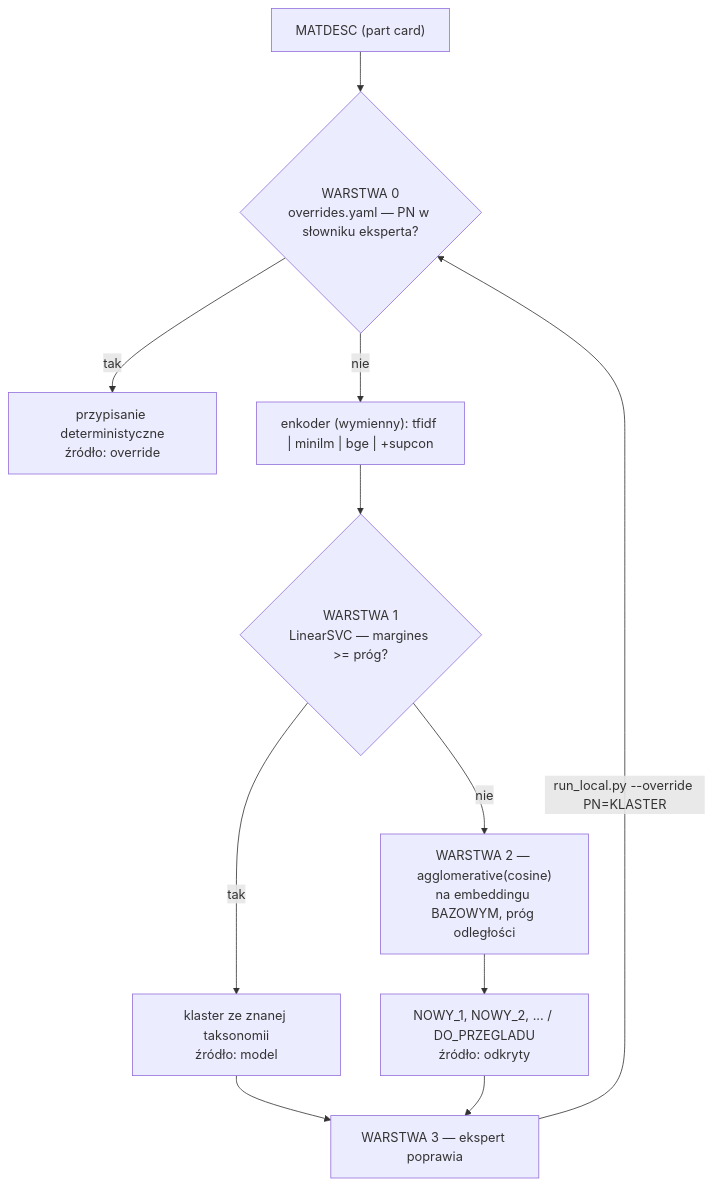
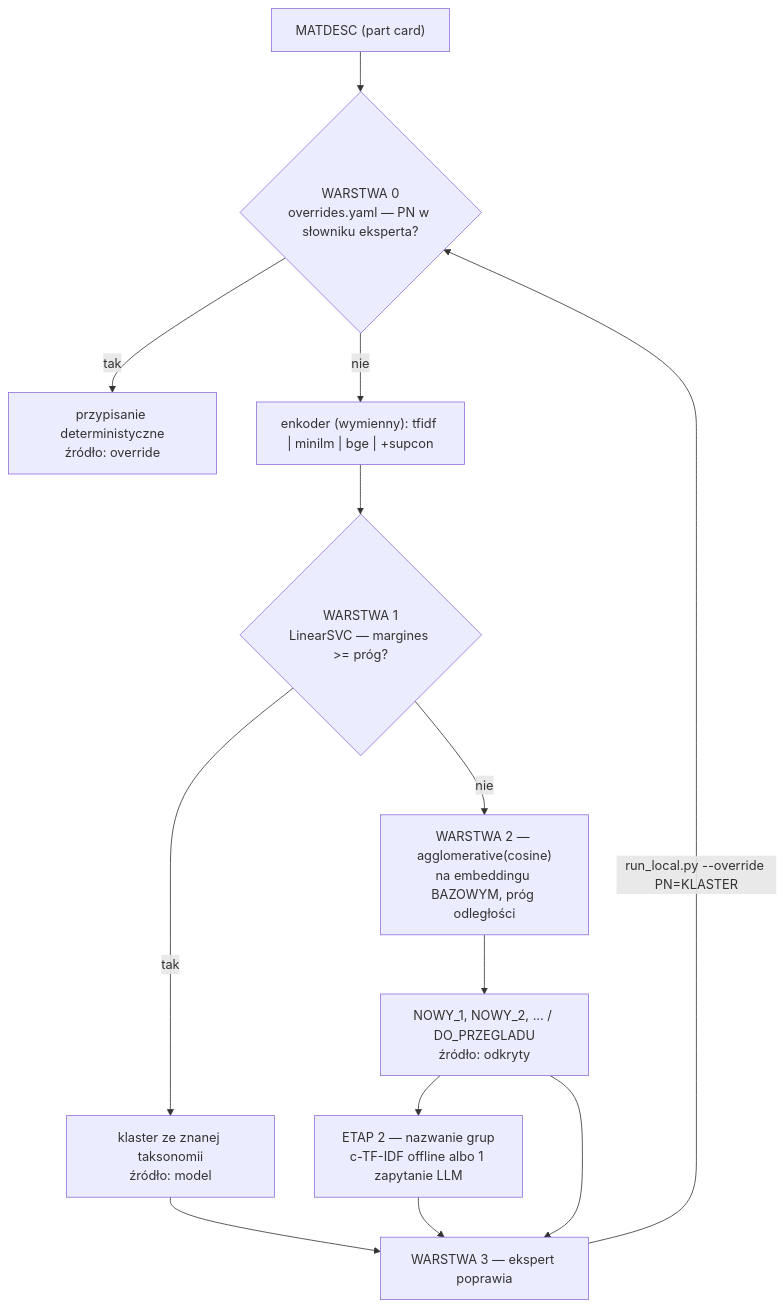
The diagram in agentic/ARCHITEKTURA_LOKALNA.md (AlexZby123/tariffs), drawn with Mermaid before and after one commit. The commit also changed other lines of this file and 5 other files, not shown here.

First line of the commit message:
Etap 2: nazywanie grup odkrytych przez warstwe 2

````diff
--- a/agentic/ARCHITEKTURA_LOKALNA.md
+++ b/agentic/ARCHITEKTURA_LOKALNA.md
@@ -69,13 +69,15 @@
 ```mermaid
 flowchart TD
     A["MATDESC (part card)"] --> B{"WARSTWA 0<br/>overrides.yaml — PN w słowniku eksperta?"}
     B -- tak --> Z["przypisanie deterministyczne<br/>źródło: override"]
     B -- nie --> C["enkoder (wymienny): tfidf | minilm | bge | +supcon"]
     C --> D{"WARSTWA 1<br/>LinearSVC — margines >= próg?"}
     D -- tak --> E["klaster ze znanej taksonomii<br/>źródło: model"]
     D -- nie --> F["WARSTWA 2 — agglomerative(cosine)<br/>na embeddingu BAZOWYM, próg odległości"]
     F --> G["NOWY_1, NOWY_2, ... / DO_PRZEGLADU<br/>źródło: odkryty"]
+    G --> N["ETAP 2 — nazwanie grup<br/>c-TF-IDF offline albo 1 zapytanie LLM"]
+    N --> H
     E --> H["WARSTWA 3 — ekspert poprawia"]
     G --> H
     H -- "run_local.py --override PN=KLASTER" --> B
 ```
````
